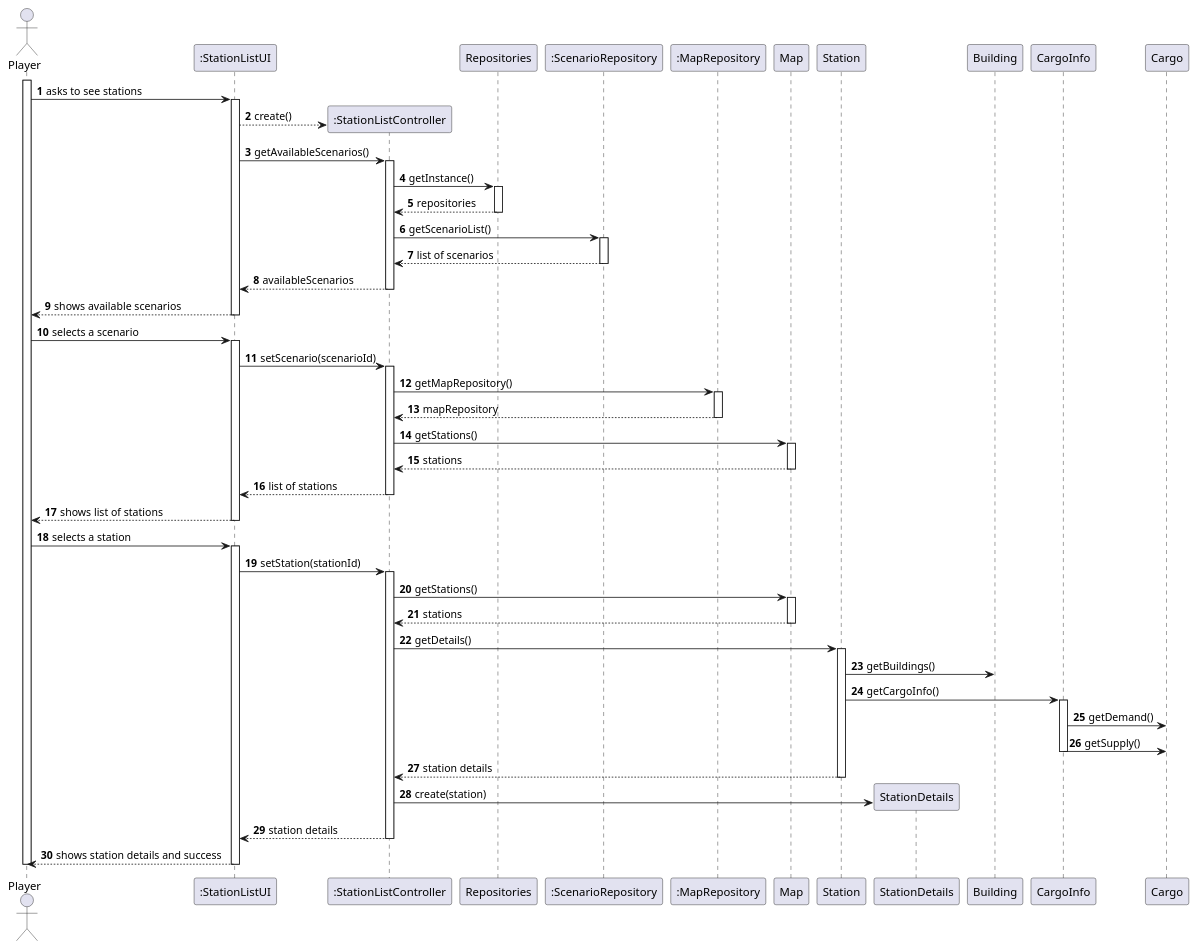
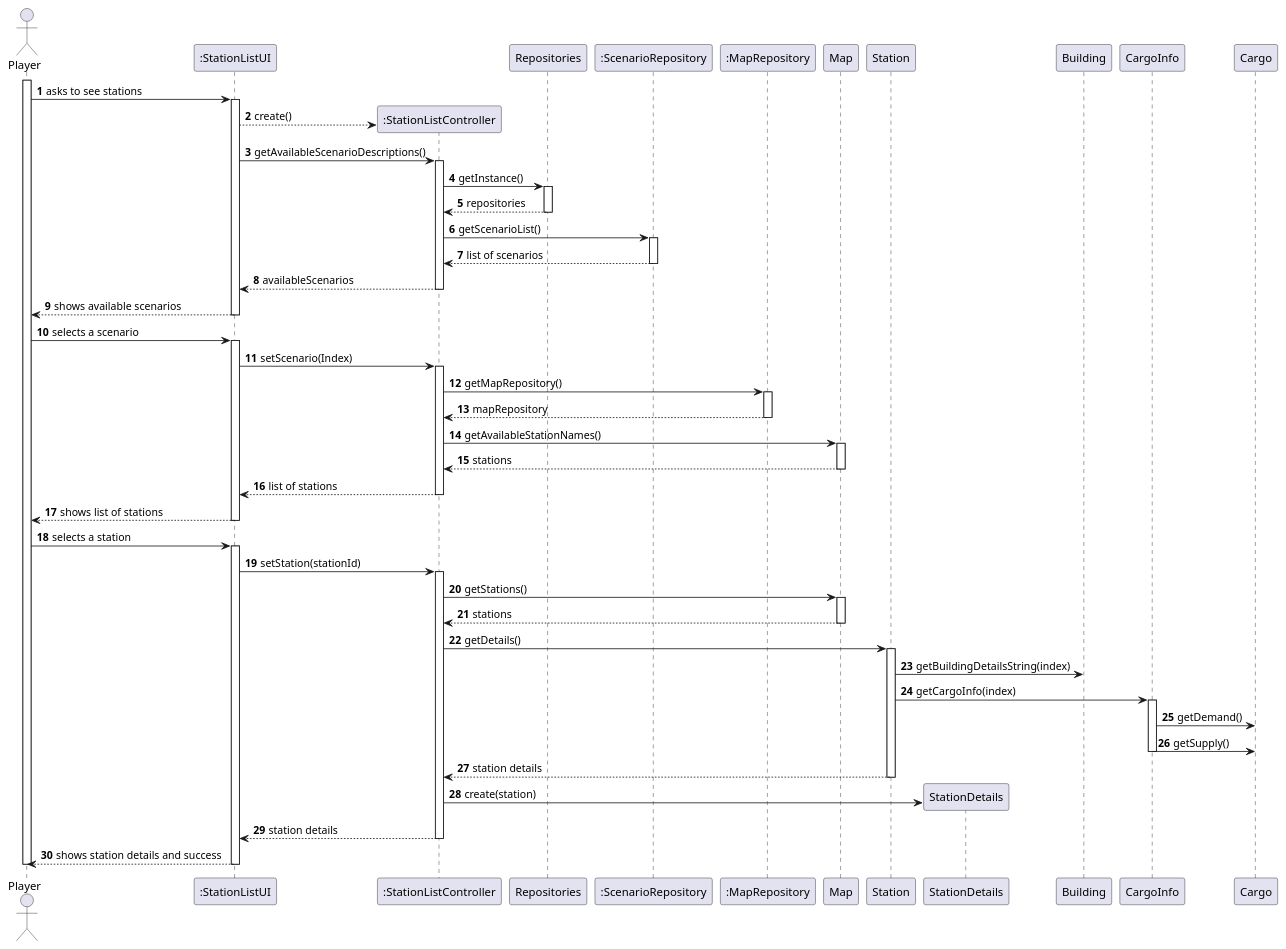
One commit to 1240935/pi2-railway-simulator changed the diagram in Sprint2/US007/03.design/puml/US007-SD-full.puml. Above: the diagram before and after it, drawn with PlantUML. The commit also changed 1 other file, not shown here.

```diff
--- a/Sprint2/US007/03.design/puml/US007-SD-full.puml
+++ b/Sprint2/US007/03.design/puml/US007-SD-full.puml
@@ -1,85 +1,85 @@
 @startuml
 'skinparam monochrome true
 skinparam packageStyle rectangle
 skinparam shadowing false
 
 autonumber
 
 actor "Player" as PLAYER
 participant ":StationListUI" as UI
 participant ":StationListController" as CTRL
 participant "Repositories" as REPOS
 participant ":ScenarioRepository" as SCEN_REPOS
 participant ":MapRepository" as MAP_REPOS
 participant "Map" as MAP
 participant "Station" as STATION
 participant "StationDetails" as DETAILS
 participant "Building" as BUILDING
 participant "CargoInfo" as CARGOINFO
 participant "Cargo" as CARGO
 
 activate PLAYER
 
     PLAYER -> UI : asks to see stations
     activate UI
         UI --> CTRL** : create()
-        UI -> CTRL : getAvailableScenarios()
+        UI -> CTRL : getAvailableScenarioDescriptions()
             activate CTRL
             CTRL -> REPOS : getInstance()
                 activate REPOS
                 REPOS --> CTRL : repositories
                 deactivate REPOS
             CTRL -> SCEN_REPOS : getScenarioList()
                 activate SCEN_REPOS
                 SCEN_REPOS --> CTRL : list of scenarios
                 deactivate SCEN_REPOS
             CTRL --> UI : availableScenarios
             deactivate CTRL
 
         UI --> PLAYER : shows available scenarios
     deactivate UI
 
     PLAYER -> UI : selects a scenario
     activate UI
-        UI -> CTRL : setScenario(scenarioId)
+        UI -> CTRL : setScenario(Index)
         activate CTRL
         CTRL -> MAP_REPOS : getMapRepository()
             activate MAP_REPOS
             MAP_REPOS --> CTRL : mapRepository
             deactivate MAP_REPOS
-        CTRL -> MAP : getStations()
+        CTRL -> MAP : getAvailableStationNames()
             activate MAP
             MAP --> CTRL : stations
             deactivate MAP
         CTRL --> UI : list of stations
         deactivate CTRL
         UI --> PLAYER : shows list of stations
     deactivate UI
 
     PLAYER -> UI : selects a station
     activate UI
         UI -> CTRL : setStation(stationId)
         activate CTRL
         CTRL -> MAP : getStations()
             activate MAP
             MAP --> CTRL : stations
             deactivate MAP
         CTRL -> STATION : getDetails()
         activate STATION
-        STATION -> BUILDING : getBuildings()
-        STATION -> CARGOINFO : getCargoInfo()
+        STATION -> BUILDING : getBuildingDetailsString(index)
+        STATION -> CARGOINFO : getCargoInfo(index)
         activate CARGOINFO
         CARGOINFO -> CARGO : getDemand()
         CARGOINFO -> CARGO : getSupply()
         deactivate CARGOINFO
         STATION --> CTRL : station details
         deactivate STATION
         CTRL -> DETAILS** : create(station)
         CTRL --> UI : station details
         deactivate CTRL
 
         UI --> PLAYER : shows station details and success
     deactivate UI
 
 deactivate PLAYER
 @enduml
```
